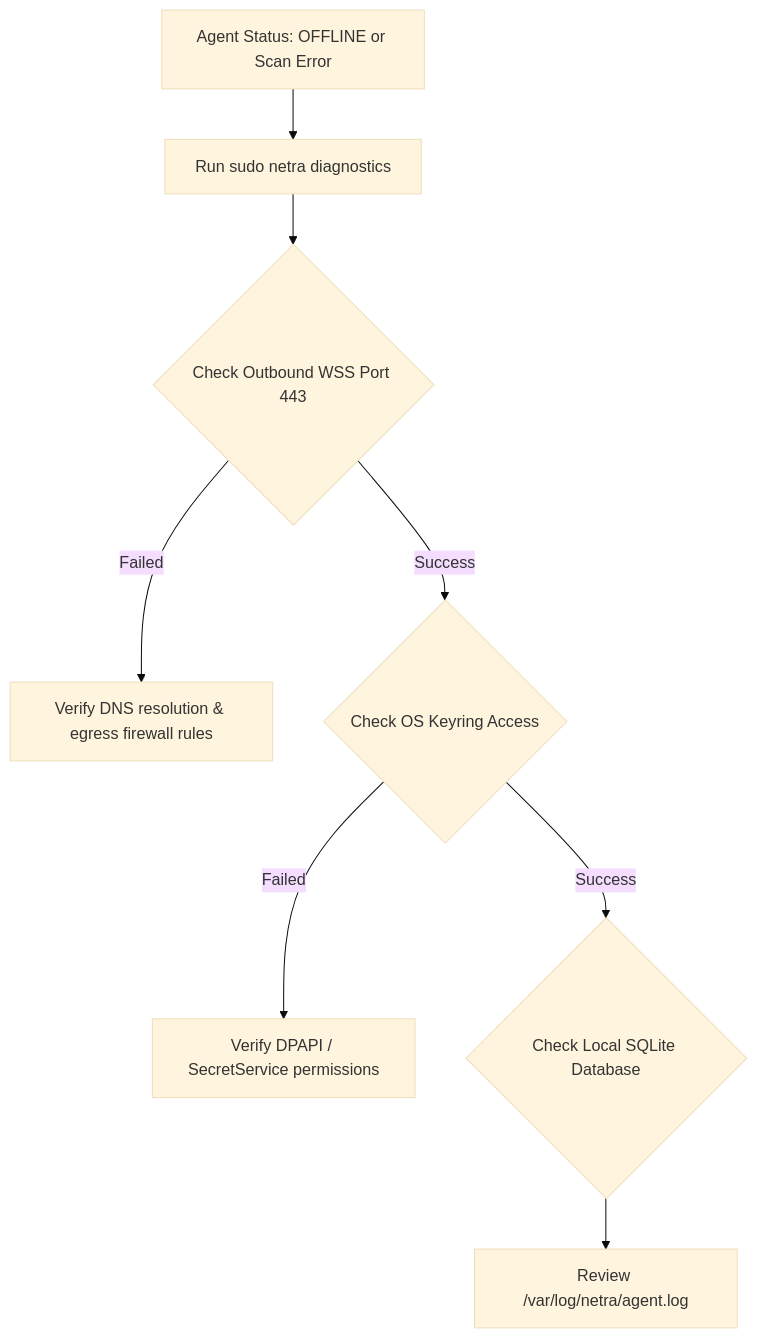
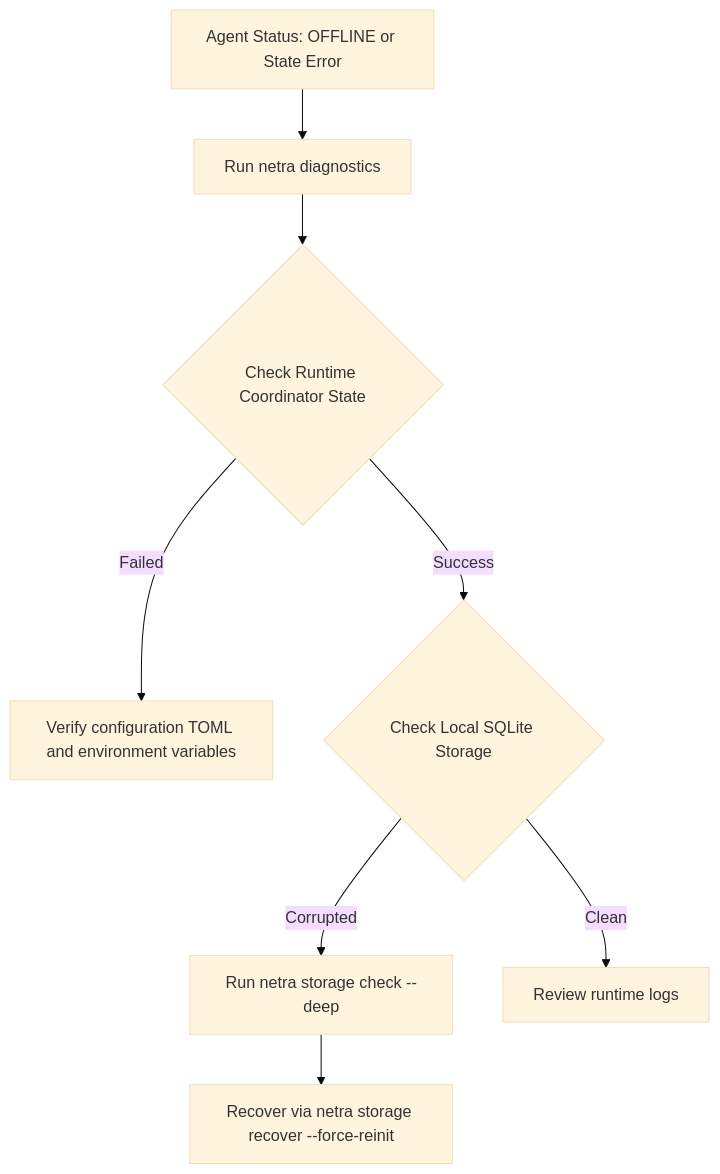
Before and after one commit to Subhadip-Paul2006/NETRA-Backend: the second of 2 diagrams in docs/USAGE.md, drawn with Mermaid (base theme). The commit also changed other lines of this file and 52 other files, not shown here.

````diff
--- a/docs/USAGE.md
+++ b/docs/USAGE.md
@@ -181,10 +186,10 @@
 ```mermaid
 flowchart TD
-    Issue["Agent Status: OFFLINE or Scan Error"] --> D1["Run sudo netra diagnostics"]
-    D1 --> D2{"Check Outbound WSS Port 443"}
-    D2 -- Failed --> D3["Verify DNS resolution & egress firewall rules"]
-    D2 -- Success --> D4{"Check OS Keyring Access"}
-    D4 -- Failed --> D5["Verify DPAPI / SecretService permissions"]
-    D4 -- Success --> D6{"Check Local SQLite Database"}
-    D6 --> D7["Review /var/log/netra/agent.log"]
+    Issue["Agent Status: OFFLINE or State Error"] --> D1["Run netra diagnostics"]
+    D1 --> D2{"Check Runtime Coordinator State"}
+    D2 -- Failed --> D3["Verify configuration TOML and environment variables"]
+    D2 -- Success --> D4{"Check Local SQLite Storage"}
+    D4 -- Corrupted --> D5["Run netra storage check --deep"]
+    D5 --> D6["Recover via netra storage recover --force-reinit"]
+    D4 -- Clean --> D7["Review runtime logs"]
 ```
````
